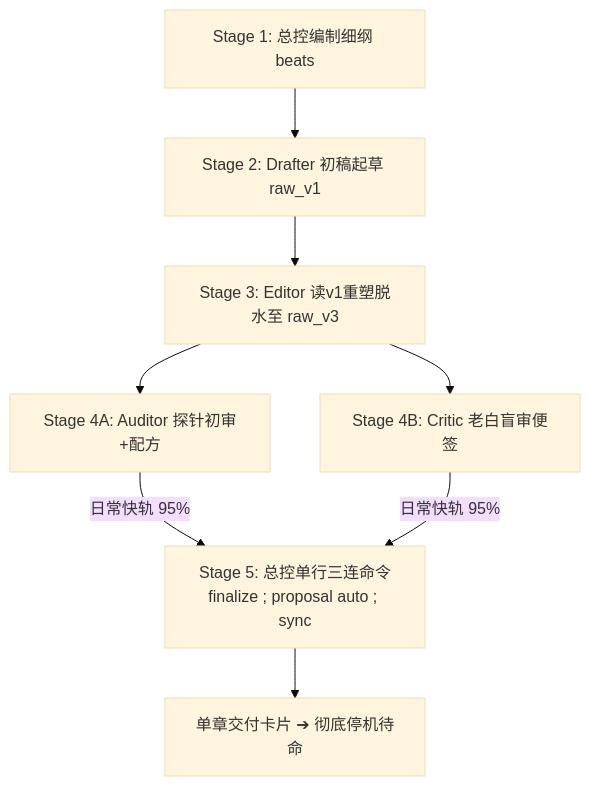
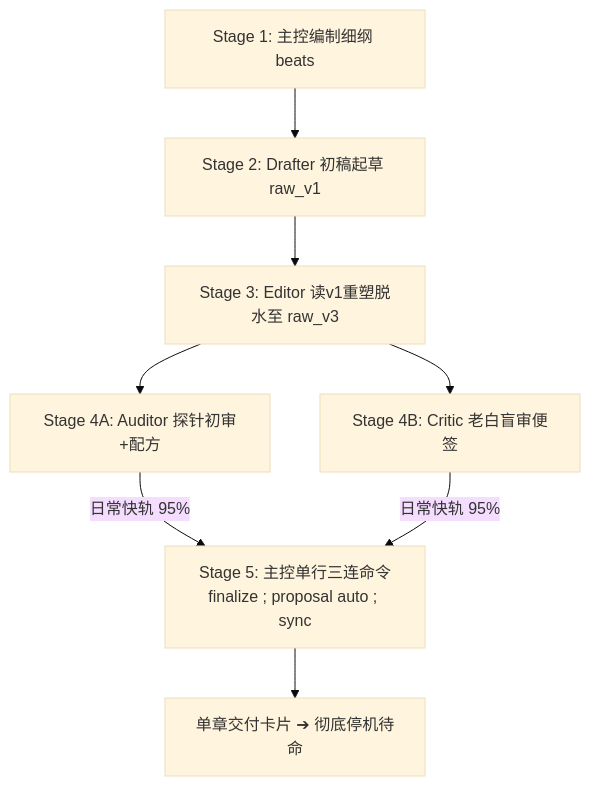
One commit to cg110902/NOVEL changed the diagram in .agents/skills/director/SKILL.md. Above: the diagram before and after it, drawn with Mermaid (base theme). The commit also changed other lines of this file and 22 other files, not shown here.

````diff
--- a/.agents/skills/director/SKILL.md
+++ b/.agents/skills/director/SKILL.md
@@ -96,10 +96,10 @@
 ```mermaid
 graph TD
-    S1[Stage 1: 总控编制细纲 beats] --> S2[Stage 2: Drafter 初稿起草 raw_v1]
+    S1[Stage 1: 主控编制细纲 beats] --> S2[Stage 2: Drafter 初稿起草 raw_v1]
     S2 --> S3[Stage 3: Editor 读v1重塑脱水至 raw_v3]
     S3 --> S4A[Stage 4A: Auditor 探针初审+配方]
     S3 --> S4B[Stage 4B: Critic 老白盲审便签]
-    S4A -->|日常快轨 95%| S5[Stage 5: 总控单行三连命令<br/>finalize ; proposal auto ; sync]
+    S4A -->|日常快轨 95%| S5[Stage 5: 主控单行三连命令<br/>finalize ; proposal auto ; sync]
     S4B -->|日常快轨 95%| S5
     S5 --> S6[单章交付卡片 ➔ 彻底停机待命]
 ```
````
